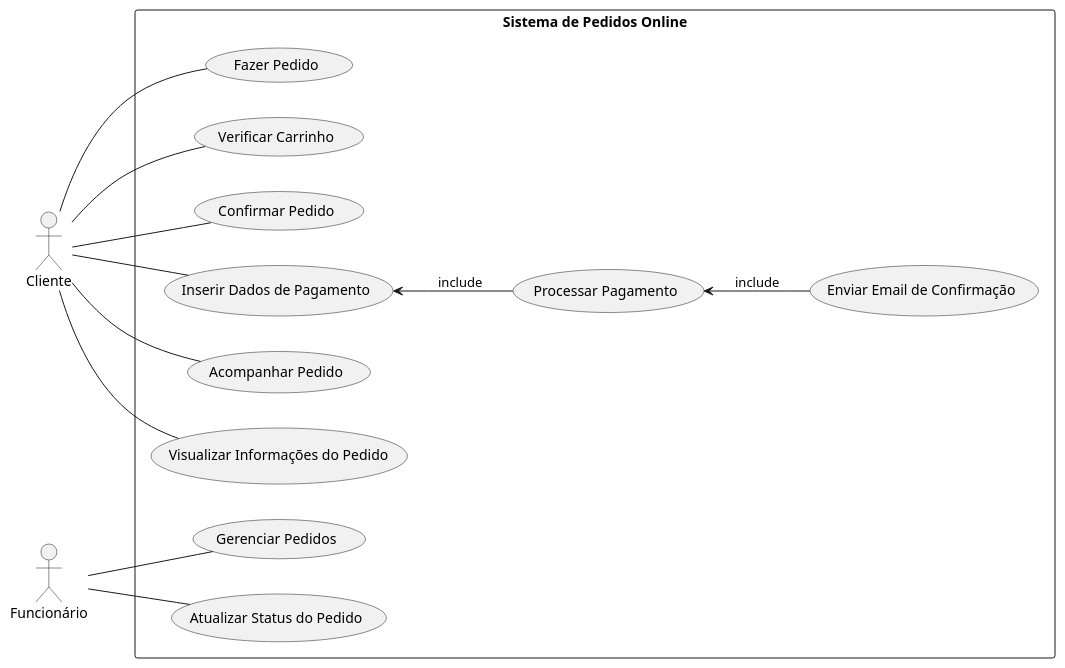
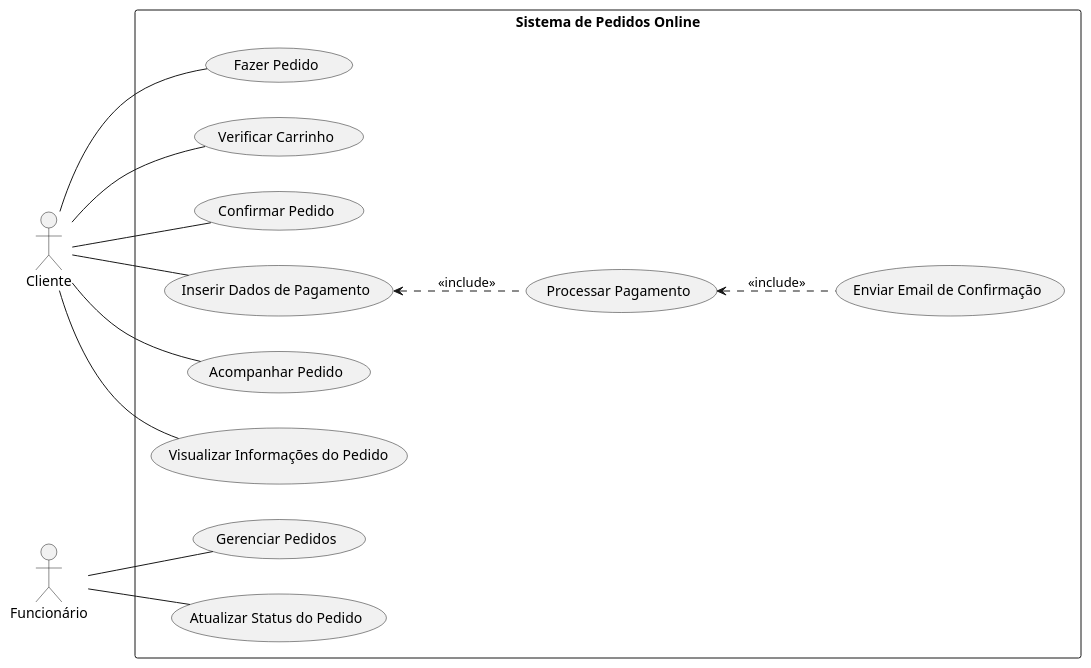
Before and after one commit to willianBinda/engenharia-2: the diagram in Avaliacao_A1/usecase.puml, drawn with PlantUML. The commit also changed 2 other files, not shown here.

```diff
--- a/Avaliacao_A1/usecase.puml
+++ b/Avaliacao_A1/usecase.puml
@@ -1,33 +1,33 @@
 @startuml will
 
 left to right direction
 skinparam packageStyle rectangle
 
 actor Cliente
 actor Funcionário
 
 rectangle "Sistema de Pedidos Online" {
   usecase "Fazer Pedido" as UC1
   usecase "Verificar Carrinho" as UC2
   usecase "Confirmar Pedido" as UC3
   usecase "Inserir Dados de Pagamento" as UC4
   usecase "Processar Pagamento" as UC5
   usecase "Enviar Email de Confirmação" as UC6
   usecase "Acompanhar Pedido" as UC7
   usecase "Gerenciar Pedidos" as UC8
   usecase "Visualizar Informações do Pedido" as UC9
   usecase "Atualizar Status do Pedido" as UC10
 
   Cliente -- UC1
   Cliente -- UC2 
   Cliente -- UC3 
   Cliente -- UC4 
-  UC4 <-- UC5: include
-  UC5 <-- UC6: include
+  UC4 <.. UC5: <<include>>
+  UC5 <.. UC6: <<include>>
   Cliente -- UC7
   Cliente -- UC9
   Funcionário -- UC8
   Funcionário -- UC10
 }
 
 @enduml
```
